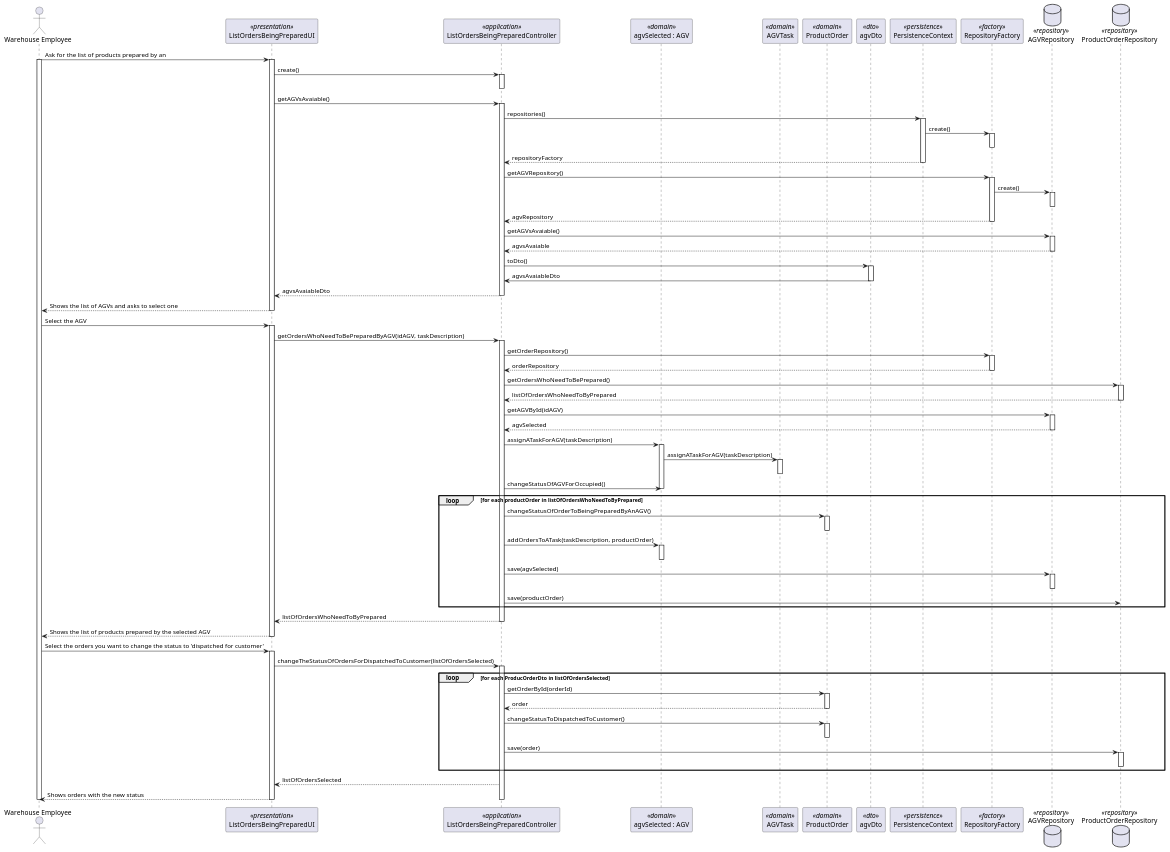
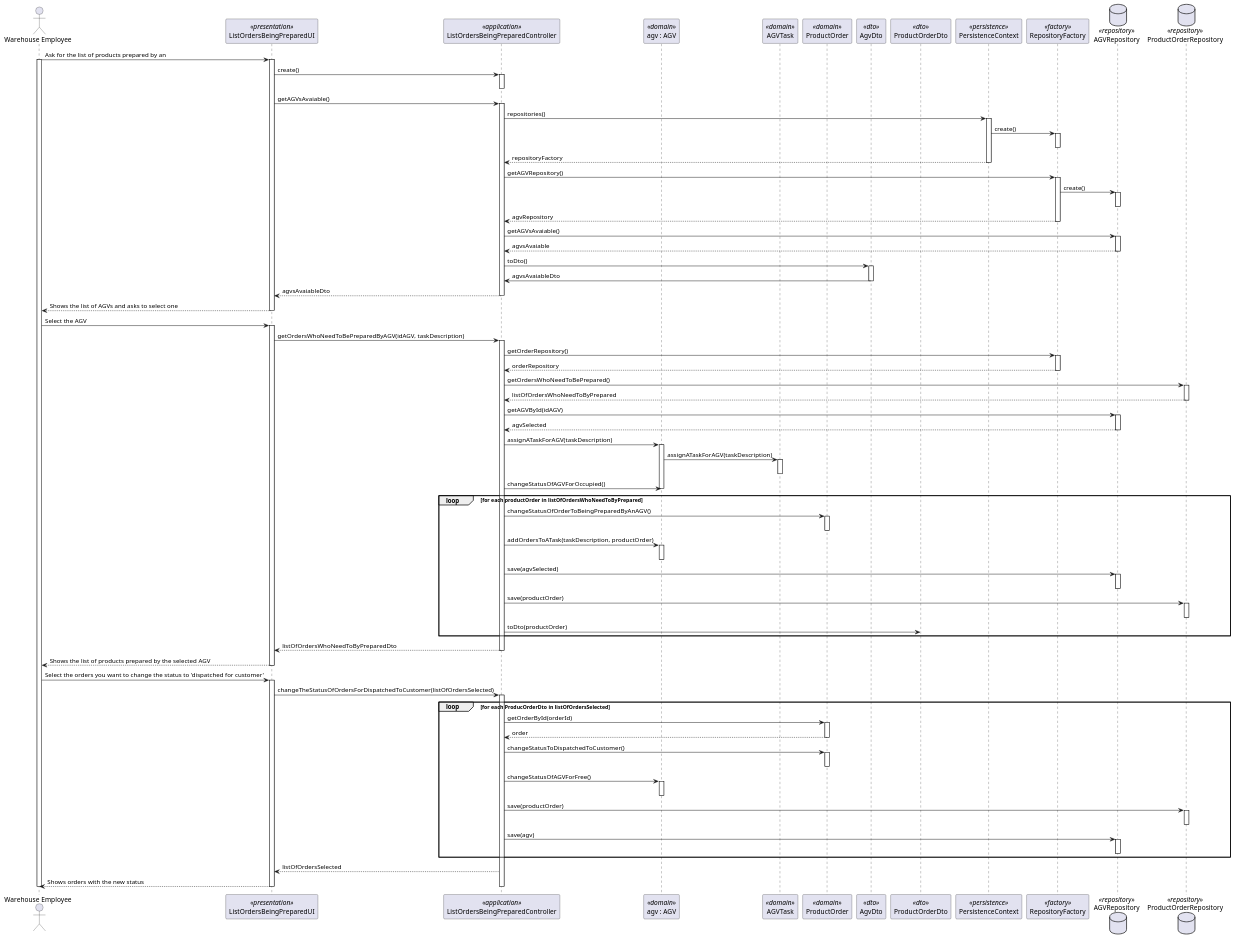
One commit to 0franciscor/lei21_22_s4_2de_01 changed the diagram in docs/1200720/US2004/SD_US2004.puml. Above: the diagram before and after it, drawn with PlantUML. The commit also changed 4 other files, not shown here.

Commit message:
#20 - Class diagram changes to maintain consistency with changes made to the sequence diagram

```diff
--- a/docs/1200720/US2004/SD_US2004.puml
+++ b/docs/1200720/US2004/SD_US2004.puml
@@ -1,172 +1,183 @@
 @startuml
 'http://plantuml.com/skinparam.html
 
 actor "Warehouse Employee" as EMPLOYEE
 participant ListOrdersBeingPreparedUI as UI <<presentation>>
 participant ListOrdersBeingPreparedController as CONTROLLER <<application>>
-participant "agvSelected : AGV" as AGV <<domain>>
+participant "agv : AGV" as AGV <<domain>>
 participant AGVTask as TASK <<domain>>
 participant ProductOrder as ORDER <<domain>>
-participant agvDto as DTO  <<dto>>
+participant AgvDto as DTO_AGV <<dto>>
+participant ProductOrderDto as DTO_ORDER <<dto>>
 participant PersistenceContext as PERSISTENCE <<persistence>>
 participant RepositoryFactory as FACTORY <<factory>>
 database AGVRepository as REPOSITORY_AGV <<repository>>
 database ProductOrderRepository as REPOSITORY_ORDERS <<repository>>
 
 EMPLOYEE -> UI: Ask for the list of products prepared by an
 activate EMPLOYEE
 activate UI
 
 UI -> CONTROLLER: create()
 
 activate CONTROLLER
 deactivate CONTROLLER
 
 UI -> CONTROLLER : getAGVsAvaiable()
 activate CONTROLLER
 
 CONTROLLER -> PERSISTENCE : repositories()
 
 activate PERSISTENCE
 
 PERSISTENCE -> FACTORY : create()
 
 activate FACTORY
 deactivate FACTORY
 
 PERSISTENCE --> CONTROLLER : repositoryFactory
 
 deactivate PERSISTENCE
 
 CONTROLLER -> FACTORY : getAGVRepository()
 
 activate FACTORY
 
 FACTORY -> REPOSITORY_AGV : create()
 
 activate REPOSITORY_AGV
 deactivate REPOSITORY_AGV
 
 FACTORY --> CONTROLLER : agvRepository
 deactivate FACTORY
 
 CONTROLLER -> REPOSITORY_AGV : getAGVsAvaiable()
 
 activate REPOSITORY_AGV
 
 REPOSITORY_AGV --> CONTROLLER : agvsAvaiable
 
 deactivate REPOSITORY_AGV
 
-CONTROLLER -> DTO : toDto()
+CONTROLLER -> DTO_AGV : toDto()
 
-activate DTO
+activate DTO_AGV
 
-DTO -> CONTROLLER : agvsAvaiableDto
+DTO_AGV -> CONTROLLER : agvsAvaiableDto
 
-deactivate DTO
+deactivate DTO_AGV
 
 CONTROLLER --> UI : agvsAvaiableDto
 deactivate CONTROLLER
 
 UI --> EMPLOYEE: Shows the list of AGVs and asks to select one
 
 
 deactivate CONTROLLER
 deactivate UI
 
 EMPLOYEE -> UI : Select the AGV
 
 activate UI
 
 UI -> CONTROLLER : getOrdersWhoNeedToBePreparedByAGV(idAGV, taskDescription)
 
 activate CONTROLLER
 
 CONTROLLER -> FACTORY : getOrderRepository()
 
 activate FACTORY
 
 FACTORY --> CONTROLLER : orderRepository
 
 deactivate FACTORY
 
 CONTROLLER -> REPOSITORY_ORDERS : getOrdersWhoNeedToBePrepared()
 
 activate REPOSITORY_ORDERS
 
 REPOSITORY_ORDERS --> CONTROLLER : listOfOrdersWhoNeedToByPrepared
 deactivate REPOSITORY_ORDERS
 
 CONTROLLER -> REPOSITORY_AGV : getAGVById(idAGV)
 activate REPOSITORY_AGV
 
 REPOSITORY_AGV --> CONTROLLER : agvSelected
 deactivate REPOSITORY_AGV
 
 CONTROLLER -> AGV : assignATaskForAGV(taskDescription)
 activate AGV
 
 AGV -> TASK : assignATaskForAGV(taskDescription)
 activate TASK
 deactivate TASK
 
 CONTROLLER -> AGV : changeStatusOfAGVForOccupied()
 deactivate AGV
 
 
 
 loop for each productOrder in listOfOrdersWhoNeedToByPrepared
 CONTROLLER -> ORDER : changeStatusOfOrderToBeingPreparedByAnAGV()
 activate ORDER
 deactivate ORDER
 
 CONTROLLER -> AGV : addOrdersToATask(taskDescription, productOrder)
 activate AGV
 deactivate AGV
 CONTROLLER -> REPOSITORY_AGV : save(agvSelected)
 activate REPOSITORY_AGV
 deactivate REPOSITORY_AGV
 CONTROLLER -> REPOSITORY_ORDERS : save(productOrder)
-end
 activate REPOSITORY_ORDERS
 deactivate REPOSITORY_ORDERS
 
-CONTROLLER --> UI : listOfOrdersWhoNeedToByPrepared
+CONTROLLER -> DTO_ORDER : toDto(productOrder)
+end
+
+CONTROLLER --> UI : listOfOrdersWhoNeedToByPreparedDto
 deactivate CONTROLLER
 
 UI --> EMPLOYEE : Shows the list of products prepared by the selected AGV
 
 deactivate UI
 
 EMPLOYEE -> UI : Select the orders you want to change the status to 'dispatched for customer'
 activate UI
 
 UI -> CONTROLLER : changeTheStatusOfOrdersForDispatchedToCustomer(listOfOrdersSelected)
 activate CONTROLLER
 
 loop for each ProducOrderDto in listOfOrdersSelected
 CONTROLLER -> ORDER : getOrderById(orderId)
 activate ORDER
 ORDER --> CONTROLLER : order
 deactivate ORDER
 
 CONTROLLER -> ORDER : changeStatusToDispatchedToCustomer()
 activate ORDER
 deactivate ORDER
 
-CONTROLLER -> REPOSITORY_ORDERS : save(order)
+CONTROLLER -> AGV : changeStatusOfAGVForFree()
+activate AGV
+deactivate AGV
+
+CONTROLLER -> REPOSITORY_ORDERS : save(productOrder)
 activate REPOSITORY_ORDERS
 deactivate REPOSITORY_ORDERS
+
+CONTROLLER -> REPOSITORY_AGV : save(agv)
+activate REPOSITORY_AGV
+deactivate REPOSITORY_AGV
 end loop
 
 CONTROLLER --> UI : listOfOrdersSelected
 UI --> EMPLOYEE : Shows orders with the new status
 
 deactivate CONTROLLER
 deactivate UI
 
 
 deactivate EMPLOYEE
 
 @enduml
```
